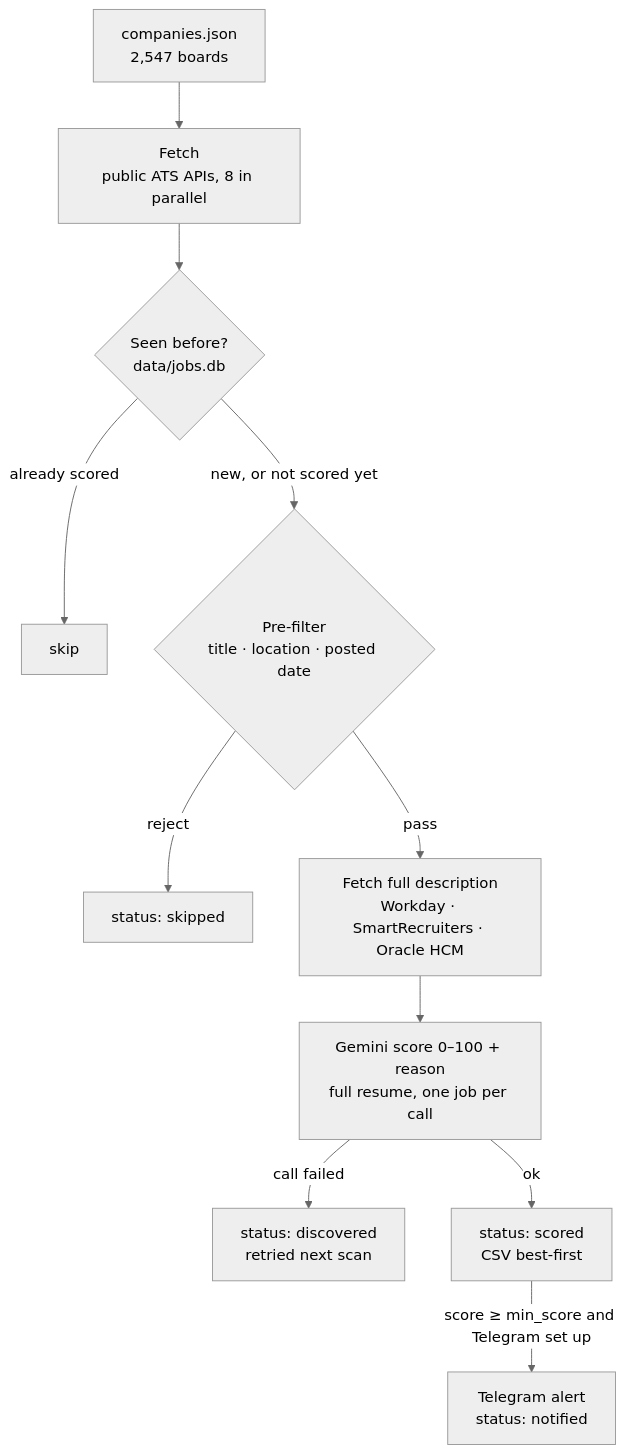
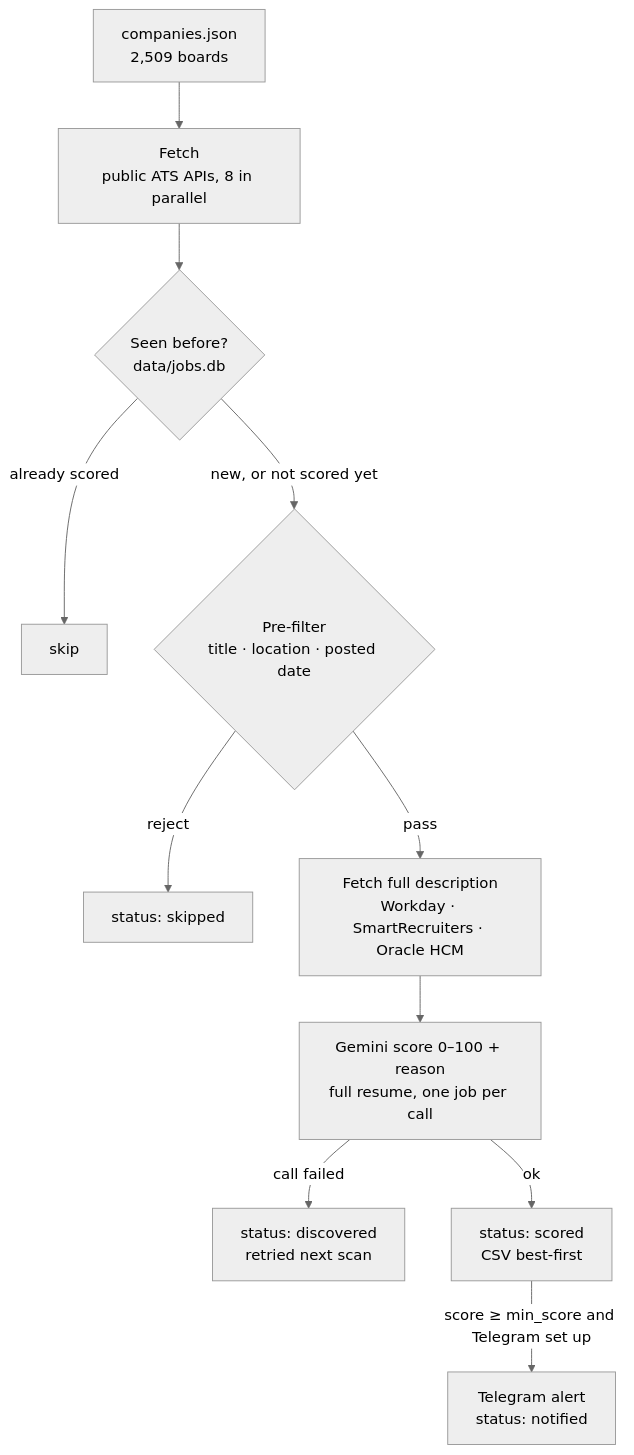
The diagram in README.md (Manish814142/rolesight), drawn with Mermaid (neutral theme) before and after one commit. The commit also changed other lines of this file and 13 other files, not shown here.

````diff
--- a/README.md
+++ b/README.md
@@ -86,13 +86,13 @@
 ```mermaid
 flowchart TD
-    C["companies.json<br/>2,547 boards"] --> F["Fetch<br/>public ATS APIs, 8 in parallel"]
+    C["companies.json<br/>2,509 boards"] --> F["Fetch<br/>public ATS APIs, 8 in parallel"]
     F --> D{"Seen before?<br/>data/jobs.db"}
     D -- "already scored" --> X["skip"]
     D -- "new, or not scored yet" --> P{"Pre-filter<br/>title · location · posted date"}
     P -- reject --> S["status: skipped"]
     P -- pass --> E["Fetch full description<br/>Workday · SmartRecruiters · Oracle HCM"]
     E --> G["Gemini score 0–100 + reason<br/>full resume, one job per call"]
     G -- "call failed" --> R["status: discovered<br/>retried next scan"]
     G -- ok --> O["status: scored<br/>CSV best-first"]
     O -- "score ≥ min_score and Telegram set up" --> T["Telegram alert<br/>status: notified"]
 ```
````
